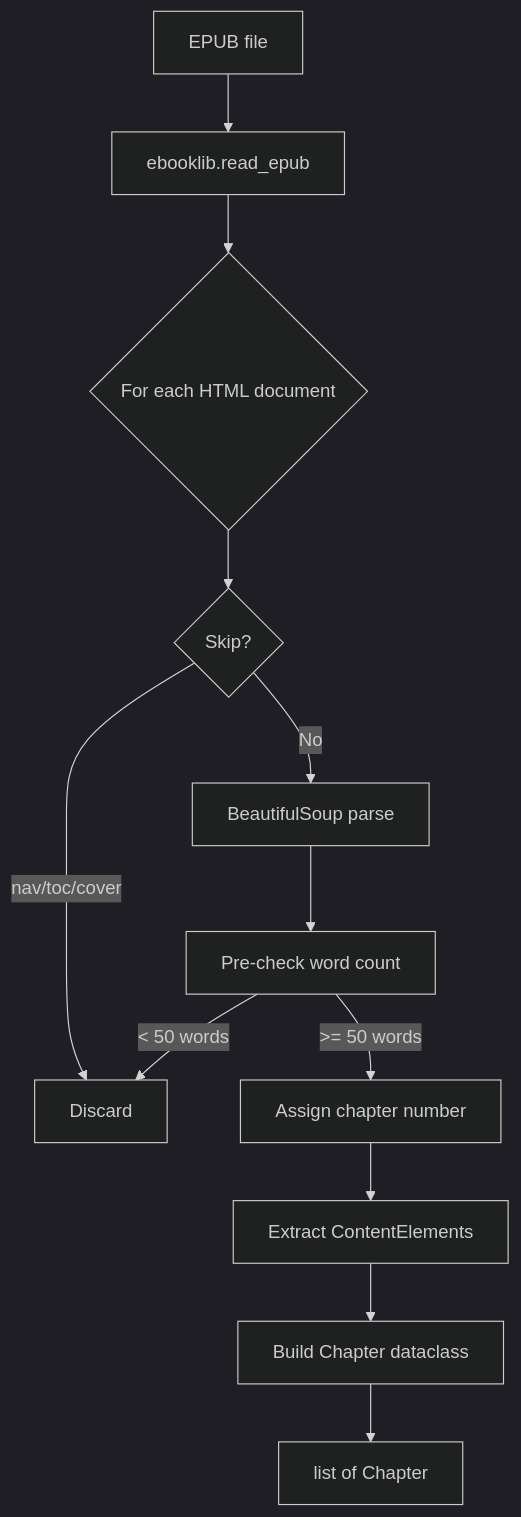
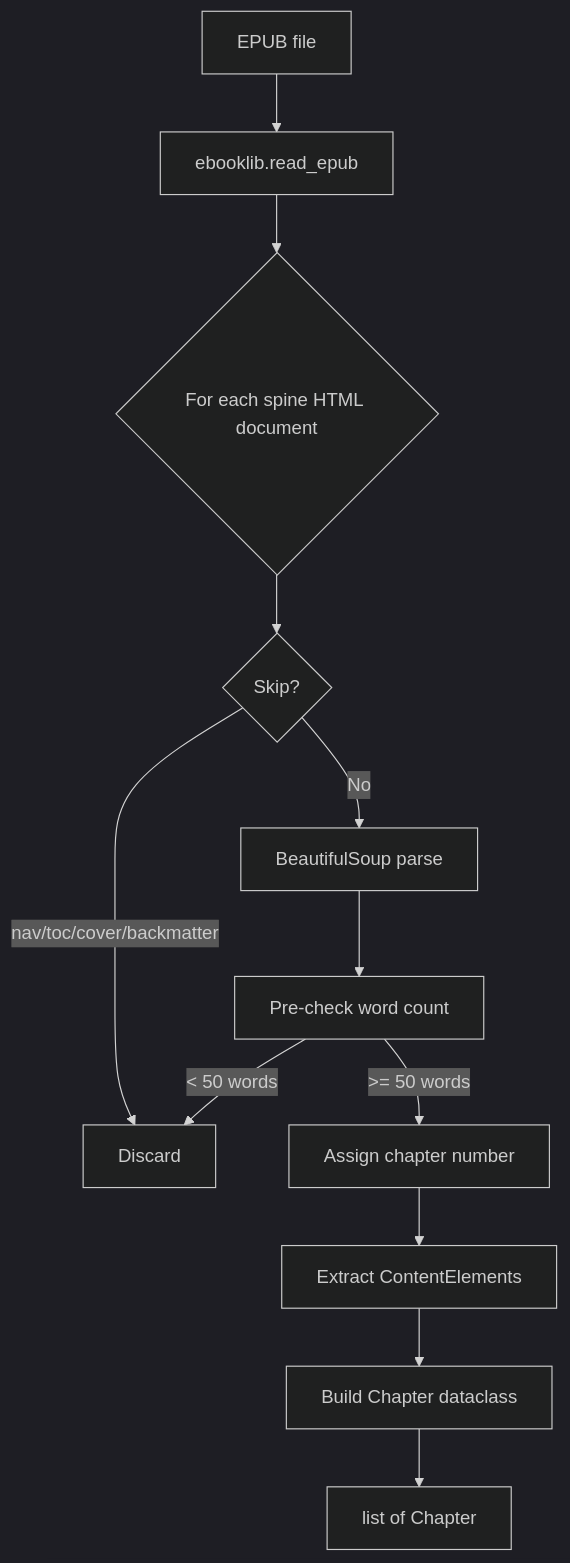
The diagram in pipeline/docs/step1-epub-parser.md (jkoeh/openshelf), drawn with Mermaid (dark theme) before and after one commit. The commit also changed other lines of this file and 49 other files, not shown here.

````diff
--- a/pipeline/docs/step1-epub-parser.md
+++ b/pipeline/docs/step1-epub-parser.md
@@ -10,14 +10,14 @@
 ```mermaid
 graph TD
     A[EPUB file] --> B[ebooklib.read_epub]
-    B --> C{For each HTML document}
+    B --> C{For each spine HTML document}
     C --> D{Skip?}
-    D -->|nav/toc/cover| E[Discard]
+    D -->|nav/toc/cover/backmatter| E[Discard]
     D -->|No| F[BeautifulSoup parse]
     F --> G[Pre-check word count]
     G -->|< 50 words| E
     G -->|>= 50 words| H[Assign chapter number]
     H --> I[Extract ContentElements]
     I --> J[Build Chapter dataclass]
     J --> K[list of Chapter]
 ```
````
